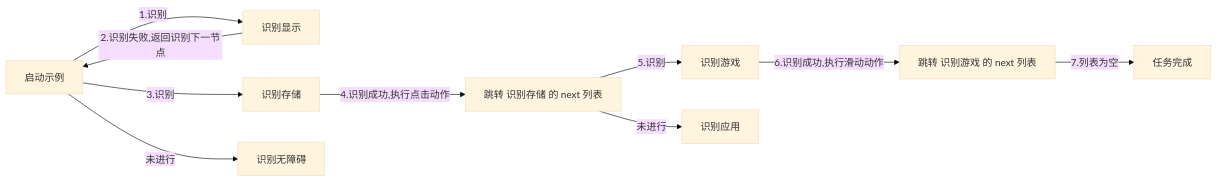
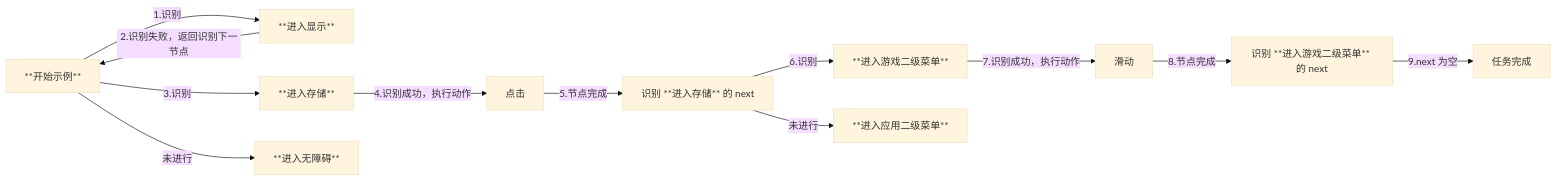
The first of 2 diagrams in docs/zh_cn/3.1-任务流水线协议.md (MaaXYZ/MaaFramework), drawn with Mermaid (base theme) before and after one commit. The commit also changed other lines of this file, not shown here.

Commit message:
docs: 流水线图示调整

````diff
--- a/docs/zh_cn/3.1-任务流水线协议.md
+++ b/docs/zh_cn/3.1-任务流水线协议.md
@@ -96,12 +97,14 @@
 ```mermaid
     graph LR
-        A[启动示例] -->|1.识别| B[识别显示]
-        B -->|2.识别失败,返回识别下一节点| A
-        A -->|3.识别| C[识别存储]
-        A -->|未进行| D[识别无障碍]
-        C -->|4.识别成功,执行点击动作| E[跳转 识别存储 的 next 列表]
-        E -->|5.识别| F[识别游戏]
-        E -->|未进行| G[识别应用]
-        F -->|6.识别成功,执行滑动动作| I[跳转 识别游戏 的 next 列表]
-        I -->|7.列表为空| H[任务完成]
+        A[**开始示例**] -->|1.识别| B[**进入显示**]
+        B -->|2.识别失败，返回识别下一节点| A
+        A -->|3.识别| C[**进入存储**]
+        A -->|未进行| ZA[**进入无障碍**]
+        C -->|4.识别成功，执行动作| D[点击]
+        D -->|5.节点完成| E[识别 **进入存储** 的 next]
+        E -->|6.识别| F[**进入游戏二级菜单**]
+        E -->|未进行| G[**进入应用二级菜单**]
+        F -->|7.识别成功，执行动作| I[滑动]
+        I -->|8.节点完成| J[识别 **进入游戏二级菜单** 的 next]
+        J -->|9.next 为空| H[任务完成]
 ```
````
